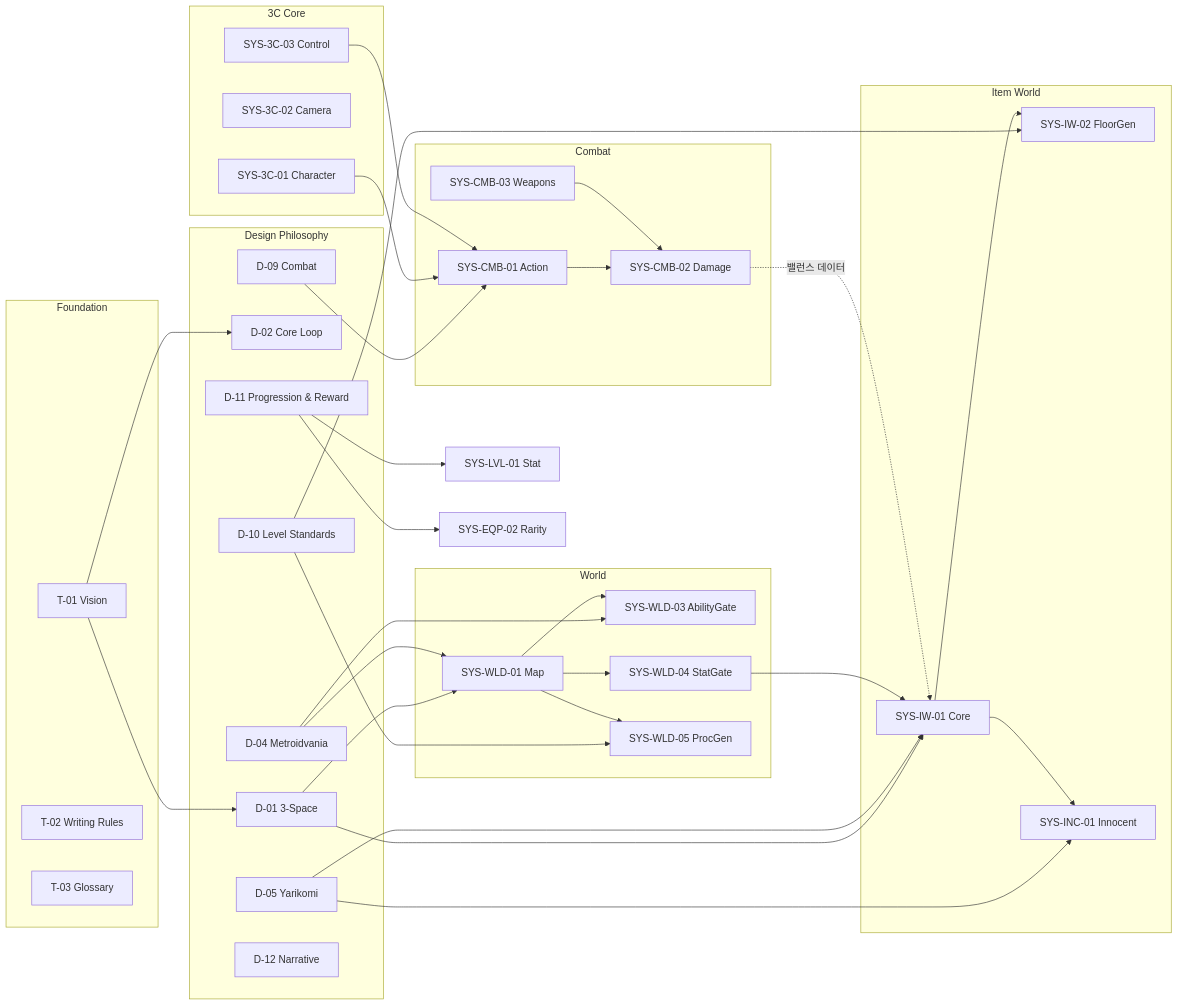
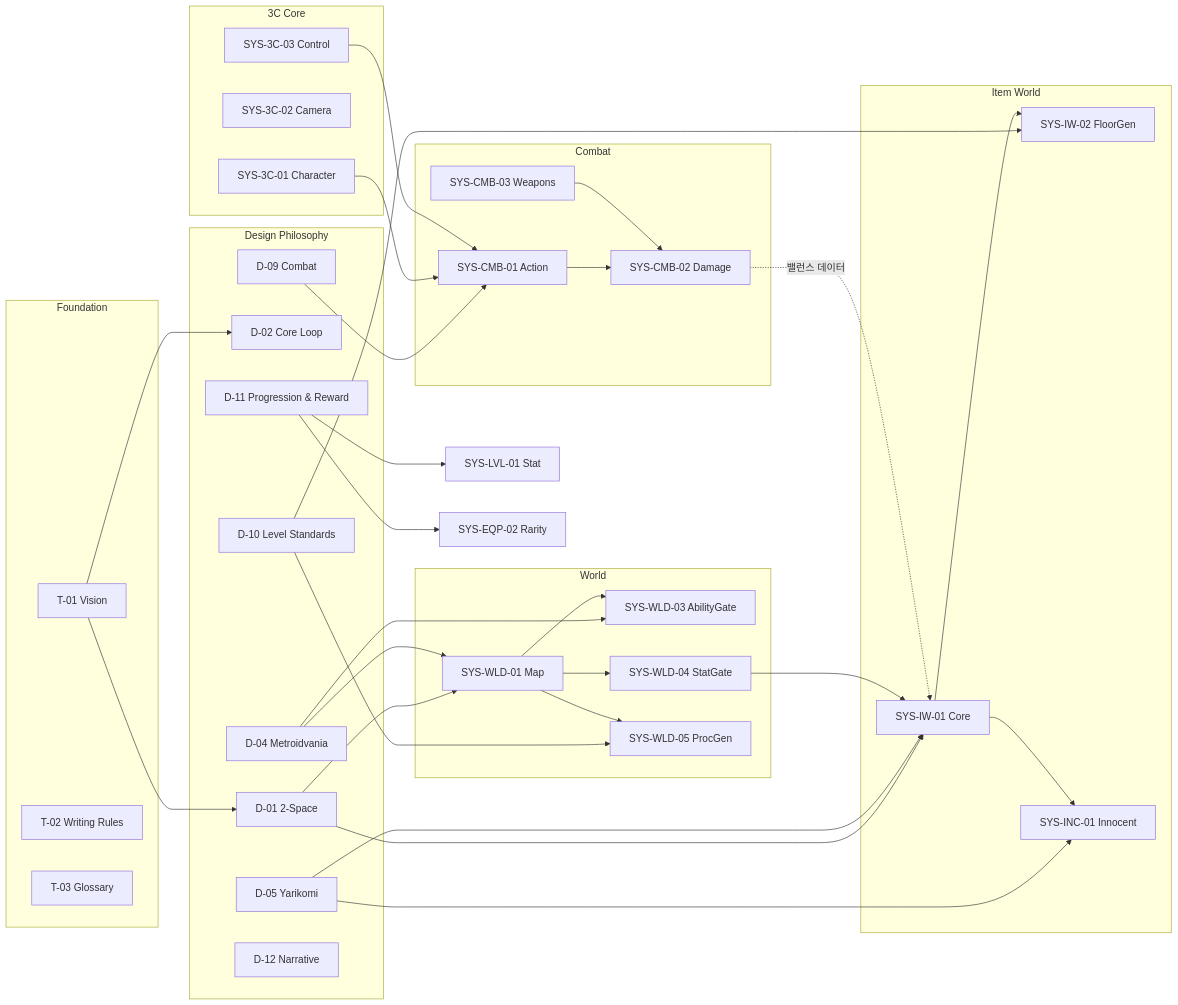
The second of 2 diagrams in Documents/Terms/Document_Index.md (Biskraft/ProjectAbyss), drawn with Mermaid before and after one commit. The commit also changed other lines of this file and 57 other files, not shown here.

````diff
--- a/Documents/Terms/Document_Index.md
+++ b/Documents/Terms/Document_Index.md
@@ -409,74 +408,74 @@
 ```mermaid
 graph LR
     subgraph "Foundation"
         VISION[T-01 Vision]
         RULES[T-02 Writing Rules]
         GLOSSARY[T-03 Glossary]
     end
 
     subgraph "Design Philosophy"
-        D01[D-01 3-Space]
+        D01[D-01 2-Space]
         D02[D-02 Core Loop]
         D04[D-04 Metroidvania]
         D05[D-05 Yarikomi]
         D09[D-09 Combat]
         D10[D-10 Level Standards]
         D11[D-11 Progression & Reward]
         D12[D-12 Narrative]
     end
 
     subgraph "3C Core"
         3C1[SYS-3C-01 Character]
         3C2[SYS-3C-02 Camera]
         3C3[SYS-3C-03 Control]
     end
 
     subgraph "Combat"
         CMB1[SYS-CMB-01 Action]
         CMB2[SYS-CMB-02 Damage]
         CMB3[SYS-CMB-03 Weapons]
     end
 
     subgraph "World"
         WLD1[SYS-WLD-01 Map]
         WLD3[SYS-WLD-03 AbilityGate]
         WLD4[SYS-WLD-04 StatGate]
         WLD5[SYS-WLD-05 ProcGen]
     end
 
     subgraph "Item World"
         IW1[SYS-IW-01 Core]
         IW2[SYS-IW-02 FloorGen]
         INC1[SYS-INC-01 Innocent]
     end
 
     VISION --> D01
     VISION --> D02
     D01 --> WLD1
     D01 --> IW1
     D04 --> WLD1
     D04 --> WLD3
     D05 --> IW1
     D05 --> INC1
     D09 --> CMB1
     D10 --> WLD5
     D10 --> IW2
     D11 --> LVL1[SYS-LVL-01 Stat]
     D11 --> EQP2[SYS-EQP-02 Rarity]
 
     3C1 --> CMB1
     3C3 --> CMB1
     CMB1 --> CMB2
     CMB3 --> CMB2
 
     WLD1 --> WLD5
     WLD1 --> WLD3
     WLD1 --> WLD4
 
     IW1 --> IW2
     IW1 --> INC1
 
     WLD4 --> IW1
 
     CMB2 -.->|밸런스 데이터| IW1
 ```
````
